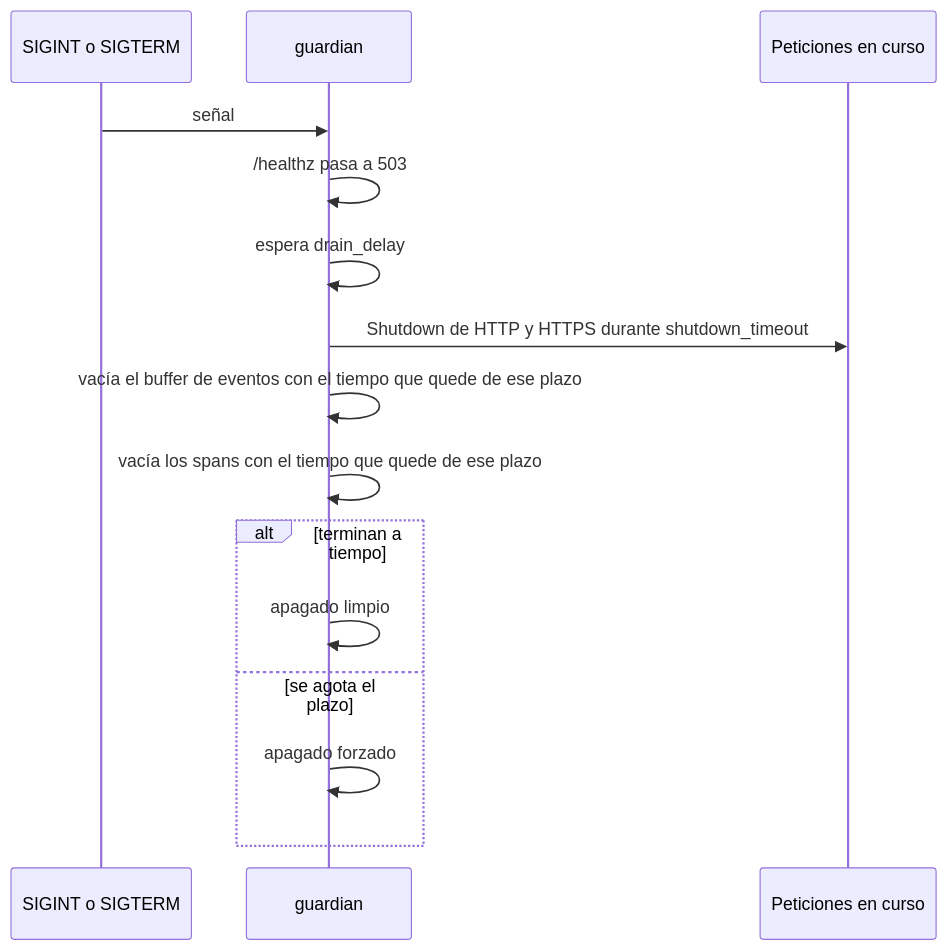
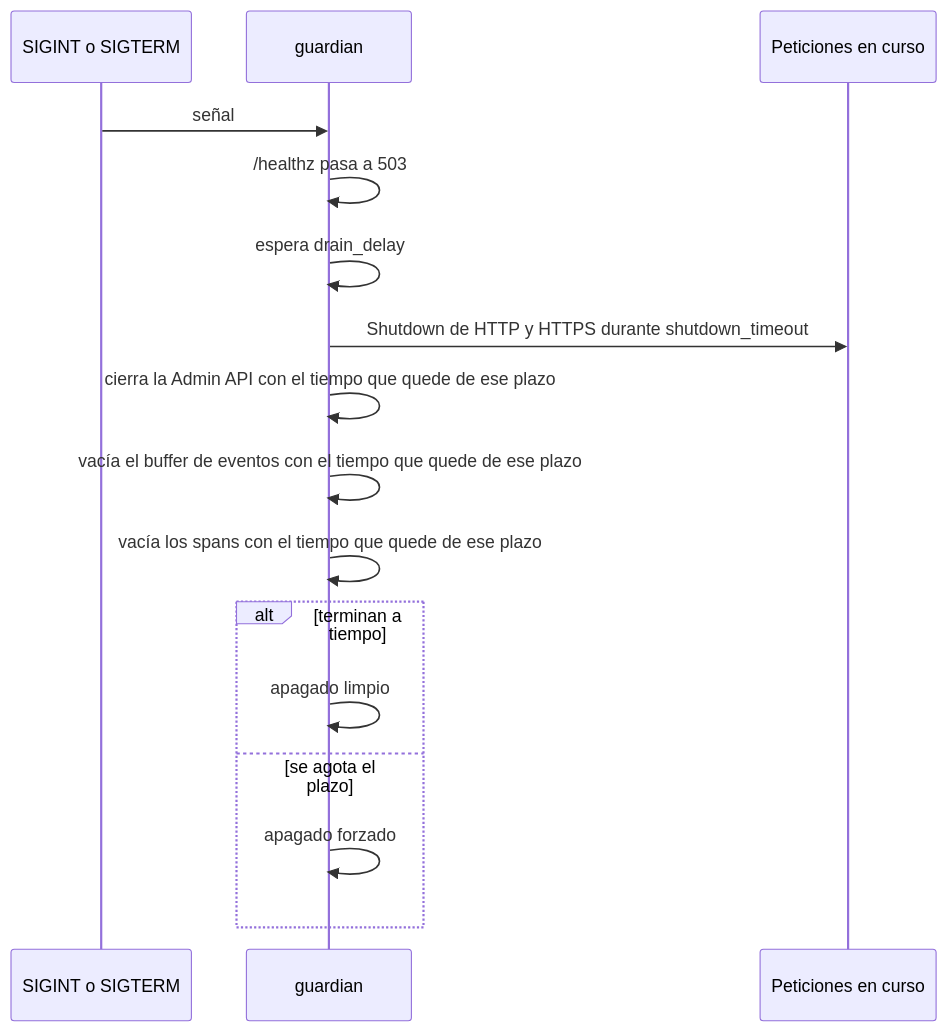
Before and after one commit to fharias/guardian-scrapy: the tenth of 11 diagrams in README.md, drawn with Mermaid. The commit also changed other lines of this file and 3 other files, not shown here.

First line of the commit message:
Update README and Prometheus alert configurations to include new Admin API features

````diff
--- a/README.md
+++ b/README.md
@@ -626,18 +689,19 @@
 ```mermaid
 sequenceDiagram
   participant SO as SIGINT o SIGTERM
   participant G as guardian
   participant C as Peticiones en curso
 
   SO->>G: señal
   G->>G: /healthz pasa a 503
   G->>G: espera drain_delay
   G->>C: Shutdown de HTTP y HTTPS durante shutdown_timeout
+  G->>G: cierra la Admin API con el tiempo que quede de ese plazo
   G->>G: vacía el buffer de eventos con el tiempo que quede de ese plazo
   G->>G: vacía los spans con el tiempo que quede de ese plazo
   alt terminan a tiempo
     G->>G: apagado limpio
   else se agota el plazo
     G->>G: apagado forzado
   end
 ```
````
